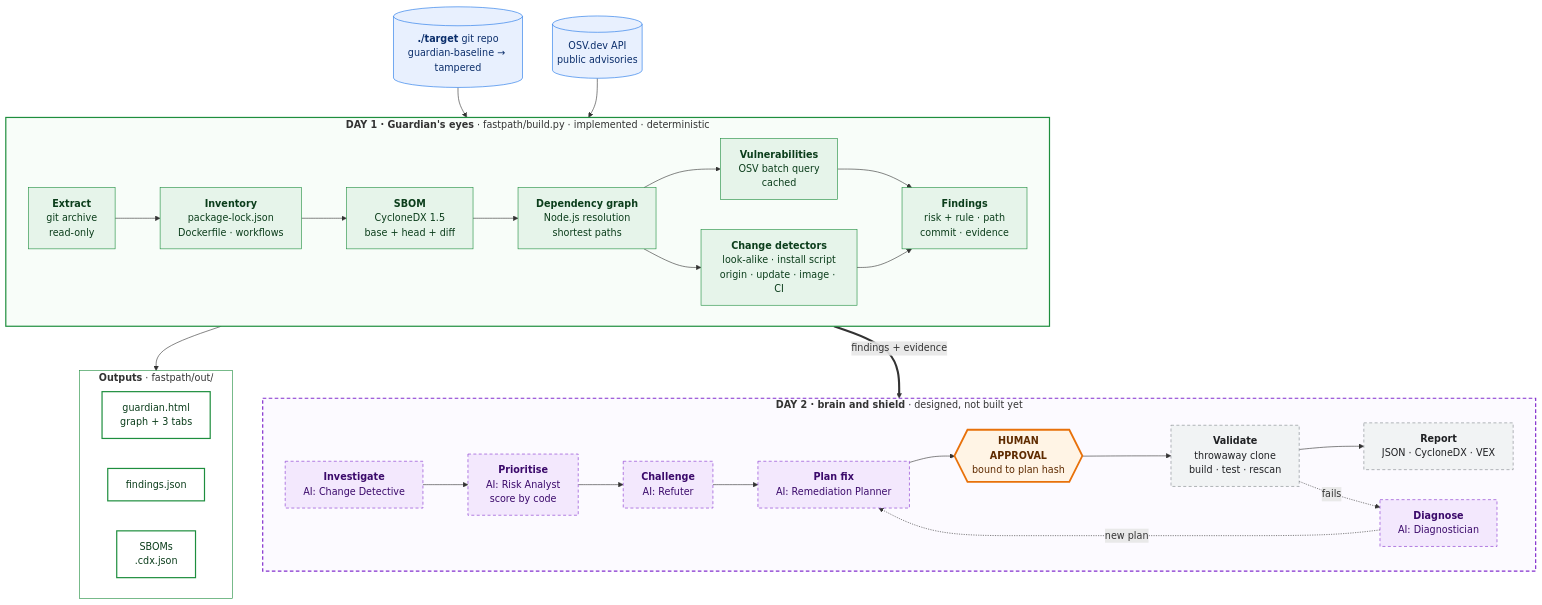
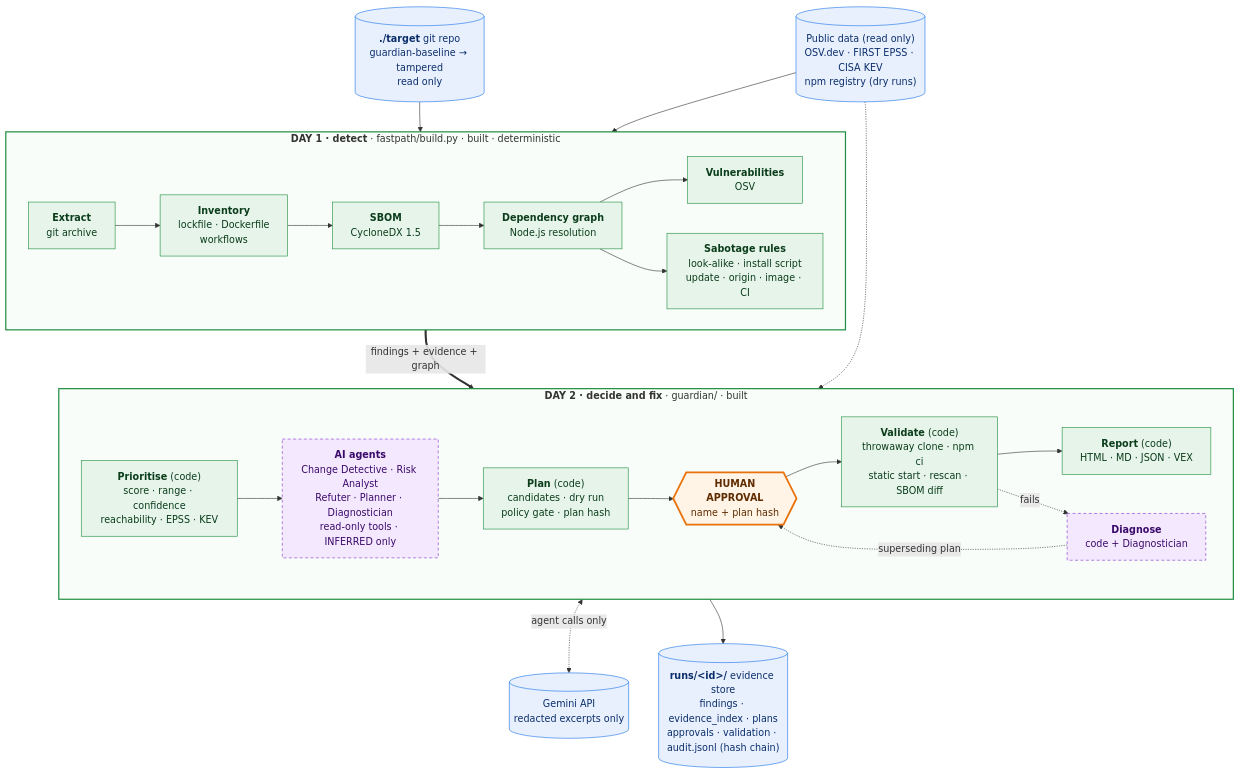
Before and after one commit to SajeevSenthil/guardian-kit: the diagram in docs/architecture.mmd, drawn with Mermaid. The commit also changed 22 other files, not shown here.

First line of the commit message:
Phase 14: submission docs, as-built architecture, Responsible AI note, limitations; skeptic-review fixes

```diff
--- a/docs/architecture.mmd
+++ b/docs/architecture.mmd
@@ -1,54 +1,46 @@
 flowchart TB
-    T[("<b>./target</b> git repo<br/>guardian-baseline → tampered")]
-    EXT[("OSV.dev API<br/>public advisories")]
+    T[("<b>./target</b> git repo<br/>guardian-baseline → tampered<br/>read only")]
+    EXT[("Public data (read only)<br/>OSV.dev · FIRST EPSS · CISA KEV<br/>npm registry (dry runs)")]
+    LLM[("Gemini API<br/>redacted excerpts only")]
 
-    subgraph D1["<b>DAY 1 · Guardian's eyes</b> · fastpath/build.py · implemented · deterministic"]
+    subgraph D1["<b>DAY 1 · detect</b> · fastpath/build.py · built · deterministic"]
         direction LR
-        X["<b>Extract</b><br/>git archive<br/>read-only"] --> INV["<b>Inventory</b><br/>package-lock.json<br/>Dockerfile · workflows"]
-        INV --> SB["<b>SBOM</b><br/>CycloneDX 1.5<br/>base + head + diff"]
-        SB --> G["<b>Dependency graph</b><br/>Node.js resolution<br/>shortest paths"]
-        G --> V["<b>Vulnerabilities</b><br/>OSV batch query<br/>cached"]
-        G --> C["<b>Change detectors</b><br/>look-alike · install script<br/>origin · update · image · CI"]
-        V --> F["<b>Findings</b><br/>risk + rule · path<br/>commit · evidence"]
-        C --> F
+        X["<b>Extract</b><br/>git archive"] --> INV["<b>Inventory</b><br/>lockfile · Dockerfile<br/>workflows"]
+        INV --> SB["<b>SBOM</b><br/>CycloneDX 1.5"]
+        SB --> G["<b>Dependency graph</b><br/>Node.js resolution"]
+        G --> V["<b>Vulnerabilities</b><br/>OSV"]
+        G --> C["<b>Sabotage rules</b><br/>look-alike · install script<br/>update · origin · image · CI"]
     end
 
-    subgraph OUT["<b>Outputs</b> · fastpath/out/"]
+    subgraph D2["<b>DAY 2 · decide and fix</b> · guardian/ · built"]
         direction LR
-        H1["guardian.html<br/>graph + 3 tabs"]
-        H2["findings.json"]
-        H3["SBOMs<br/>.cdx.json"]
+        PRI["<b>Prioritise</b> (code)<br/>score · range · confidence<br/>reachability · EPSS · KEV"]
+        AG["<b>AI agents</b><br/>Change Detective · Risk Analyst<br/>Refuter · Planner · Diagnostician<br/>read-only tools · INFERRED only"]
+        PLN["<b>Plan</b> (code)<br/>candidates · dry run<br/>policy gate · plan hash"]
+        HA{{"<b>HUMAN<br/>APPROVAL</b><br/>name + plan hash"}}
+        VAL["<b>Validate</b> (code)<br/>throwaway clone · npm ci<br/>static start · rescan · SBOM diff"]
+        DG["<b>Diagnose</b><br/>code + Diagnostician"]
+        REP["<b>Report</b> (code)<br/>HTML · MD · JSON · VEX"]
+        PRI --> AG --> PLN --> HA --> VAL --> REP
+        VAL -. "fails" .-> DG -. "superseding plan" .-> HA
     end
 
-    subgraph D2["<b>DAY 2 · brain and shield</b> · designed, not built yet"]
-        direction LR
-        DET["<b>Investigate</b><br/>AI: Change Detective"] --> PRI["<b>Prioritise</b><br/>AI: Risk Analyst<br/>score by code"]
-        PRI --> REF["<b>Challenge</b><br/>AI: Refuter"]
-        REF --> PLN["<b>Plan fix</b><br/>AI: Remediation Planner"]
-        PLN --> HA{{"<b>HUMAN<br/>APPROVAL</b><br/>bound to plan hash"}}
-        HA --> VAL["<b>Validate</b><br/>throwaway clone<br/>build · test · rescan"]
-        VAL --> REP["<b>Report</b><br/>JSON · CycloneDX · VEX"]
-        VAL -. "fails" .-> DG["<b>Diagnose</b><br/>AI: Diagnostician"]
-        DG -. "new plan" .-> PLN
-    end
+    STORE[("<b>runs/&lt;id&gt;/</b> evidence store<br/>findings · evidence_index · plans<br/>approvals · validation · audit.jsonl (hash chain)")]
 
     T --> D1
     EXT --> D1
-    D1 --> OUT
-    D1 == "findings + evidence" ==> D2
+    D1 == "findings + evidence + graph" ==> D2
+    EXT -.-> D2
+    D2 <-. "agent calls only" .-> LLM
+    D2 --> STORE
 
     classDef built fill:#e6f4ea,stroke:#1e8e3e,color:#0b3d1b
     classDef ai fill:#f3e8fd,stroke:#8430ce,stroke-dasharray:5 4,color:#3b0a6b
-    classDef code fill:#f1f3f4,stroke:#80868b,stroke-dasharray:5 4,color:#202124
     classDef human fill:#fff4e5,stroke:#e8710a,stroke-width:3px,color:#5f2b00
     classDef data fill:#e8f0fe,stroke:#1a73e8,color:#0b2e6b
-    classDef out fill:#ffffff,stroke:#1e8e3e,stroke-width:2px,color:#0b3d1b
-    class X,INV,SB,G,V,C,F built
-    class DET,PRI,REF,PLN,DG ai
-    class VAL,REP code
+    class X,INV,SB,G,V,C,PRI,PLN,VAL,REP built
+    class AG,DG ai
     class HA human
-    class T,EXT data
-    class H1,H2,H3 out
+    class T,EXT,LLM,STORE data
     style D1 fill:#f8fdf9,stroke:#1e8e3e,stroke-width:2px
-    style D2 fill:#fcfaff,stroke:#8430ce,stroke-width:2px,stroke-dasharray:6 4
-    style OUT fill:#ffffff,stroke:#1e8e3e
+    style D2 fill:#f8fdf9,stroke:#1e8e3e,stroke-width:2px
```
